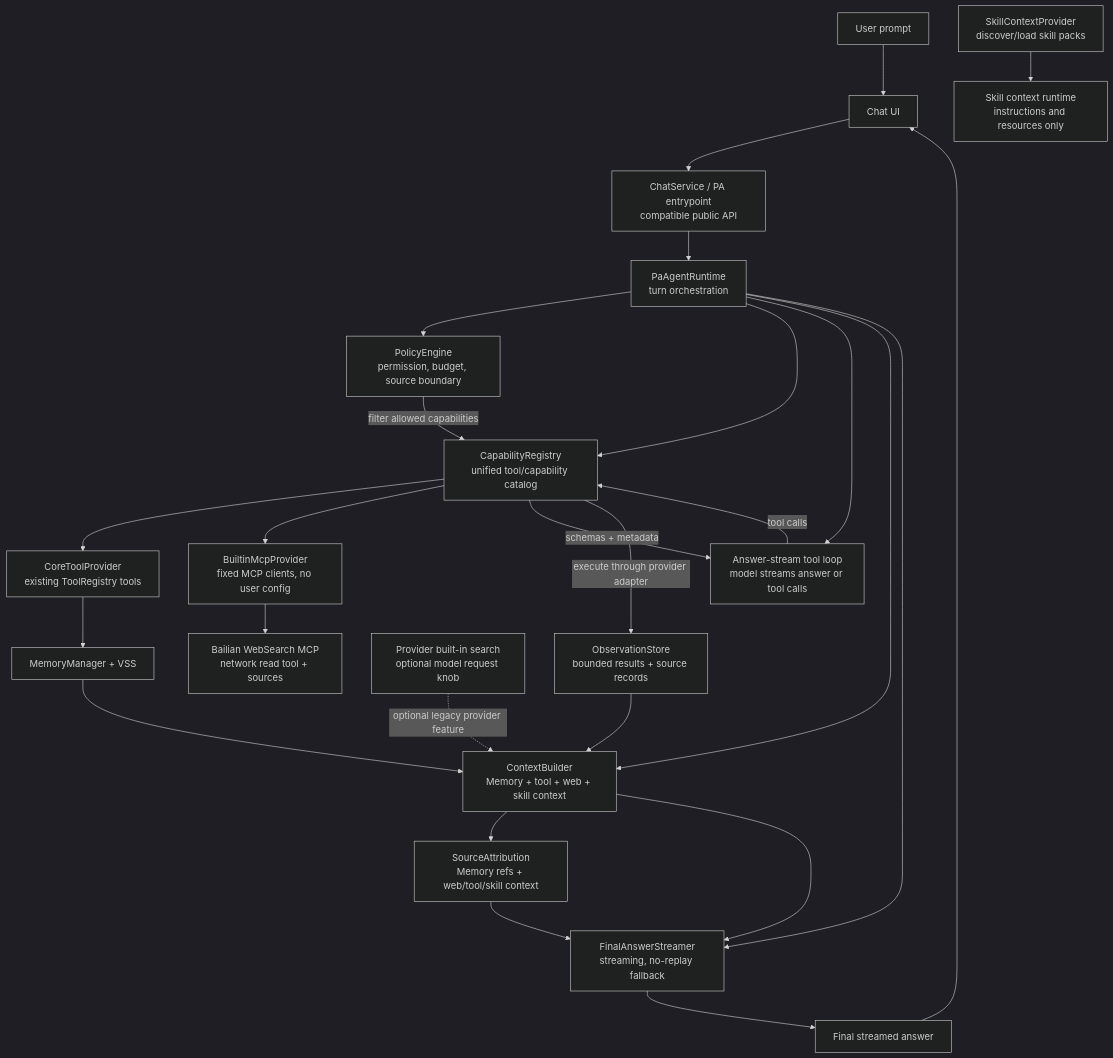
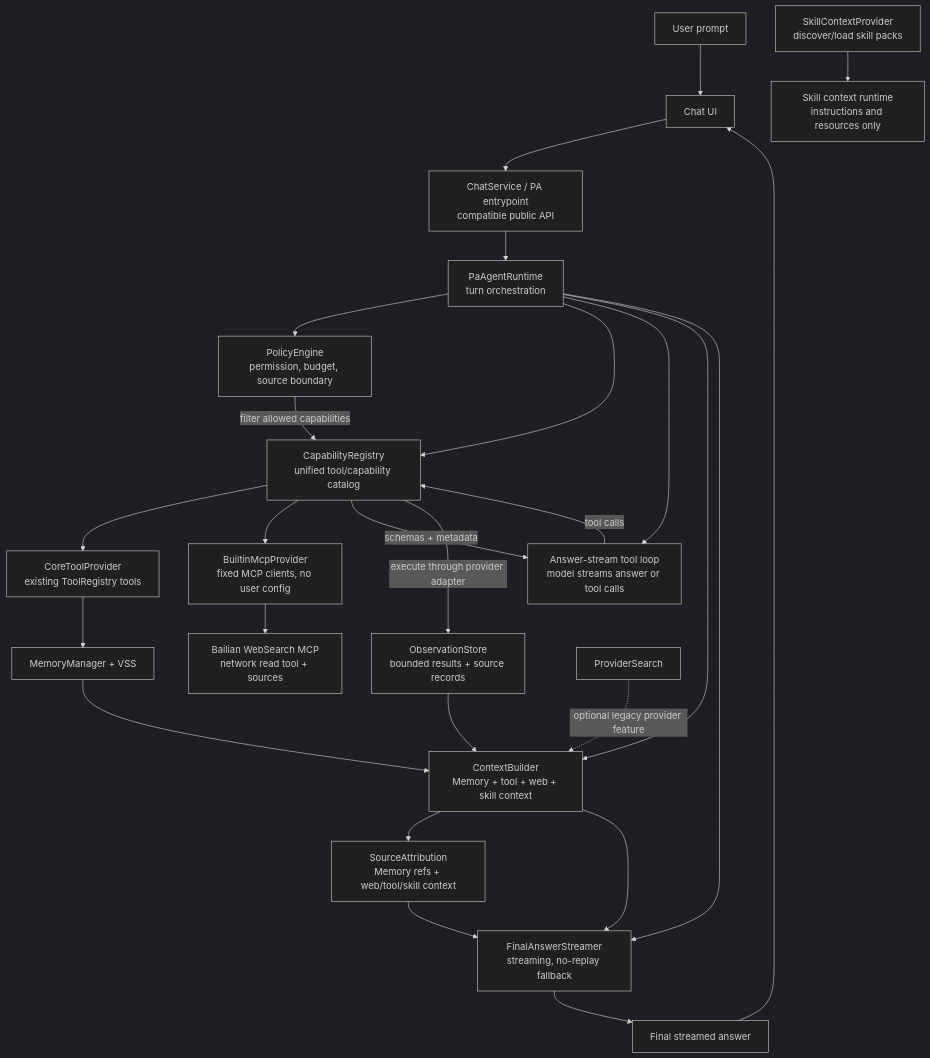
One commit to edonyzpc/personal-assistant changed the third of 5 diagrams in docs/pa-agent-architecture-comparison.md. Above: the diagram before and after it, drawn with Mermaid (dark theme). The commit also changed other lines of this file and 11 other files, not shown here.

Commit message:
docs(pa-agent): record architecture and lifecycle closeout

````diff
--- a/docs/pa-agent-architecture-comparison.md
+++ b/docs/pa-agent-architecture-comparison.md
@@ -88,49 +88,48 @@
 ```mermaid
 flowchart TD
   User["User prompt"]
   ChatView["Chat UI"]
   ChatService["ChatService / PA entrypoint<br/>compatible public API"]
   PaRuntime["PaAgentRuntime<br/>turn orchestration"]
   Policy["PolicyEngine<br/>permission, budget, source boundary"]
   CapRegistry["CapabilityRegistry<br/>unified tool/capability catalog"]
   ToolLoop["Answer-stream tool loop<br/>model streams answer or tool calls"]
   ContextBuilder["ContextBuilder<br/>Memory + tool + web + skill context"]
   AnswerStreamer["FinalAnswerStreamer<br/>streaming, no-replay fallback"]
 
   CoreProvider["CoreToolProvider<br/>existing ToolRegistry tools"]
   BuiltinMcpProvider["BuiltinMcpProvider<br/>fixed MCP clients, no user config"]
   WebSearchMcp["Bailian WebSearch MCP<br/>network read tool + sources"]
   SkillProvider["SkillContextProvider<br/>discover/load skill packs"]
   SkillRuntime["Skill context runtime<br/>instructions and resources only"]
   Memory["MemoryManager + VSS"]
-  ProviderSearch["Provider built-in search<br/>optional model request knob"]
 
   ToolResultStore["ObservationStore<br/>bounded results + source records"]
   Sources["SourceAttribution<br/>Memory refs + web/tool/skill context"]
   Answer["Final streamed answer"]
 
   User --> ChatView --> ChatService --> PaRuntime
   PaRuntime --> Policy
   PaRuntime --> CapRegistry
   PaRuntime --> ToolLoop
   PaRuntime --> ContextBuilder
   PaRuntime --> AnswerStreamer
 
   CapRegistry --> CoreProvider
   CapRegistry --> BuiltinMcpProvider
   CoreProvider --> Memory
   BuiltinMcpProvider --> WebSearchMcp
   SkillProvider --> SkillRuntime
 
   Policy -->|"filter allowed capabilities"| CapRegistry
   CapRegistry -->|"schemas + metadata"| ToolLoop
   ToolLoop -->|"tool calls"| CapRegistry
   CapRegistry -->|"execute through provider adapter"| ToolResultStore
   ToolResultStore --> ContextBuilder
   Memory --> ContextBuilder
   ProviderSearch -. "optional legacy provider feature" .-> ContextBuilder
   ContextBuilder --> Sources
   ContextBuilder --> AnswerStreamer
   Sources --> AnswerStreamer
   AnswerStreamer --> Answer --> ChatView
 ```
````
